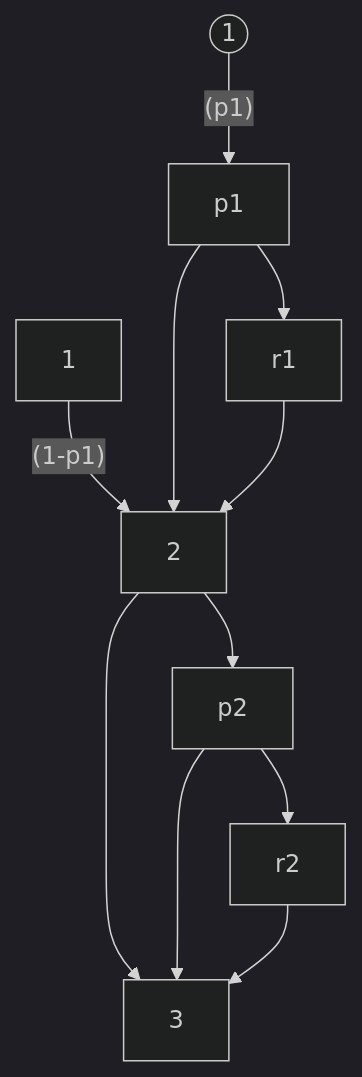
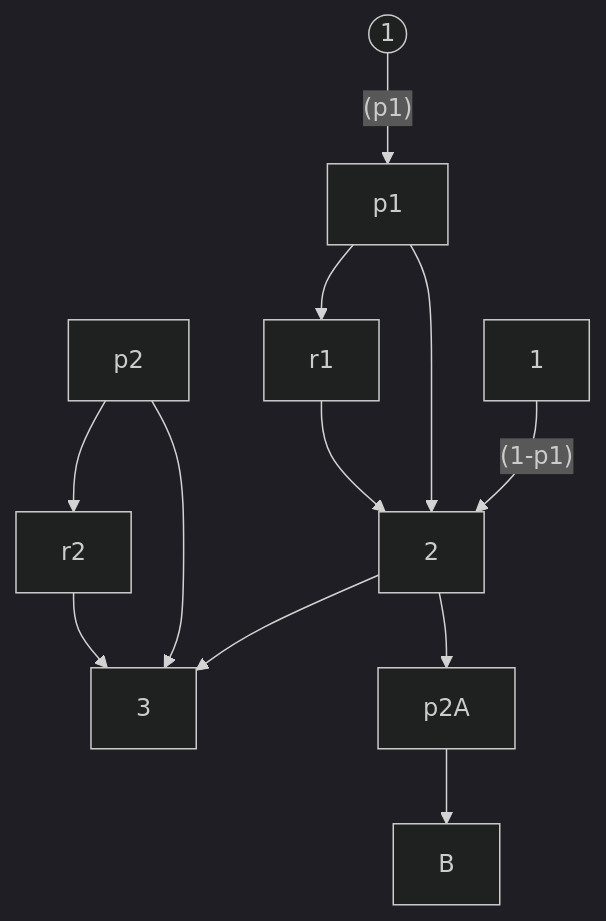
One commit to bfeitknecht/vault changed the first of 2 diagrams in vault/sem2/AuW/UE/cx/bf/cx07-bf.md. Above: the diagram before and after it, drawn with Mermaid (dark theme). The commit also changed other lines of this file and 2 other files, not shown here.

````diff
--- a/vault/sem2/AuW/UE/cx/bf/cx07-bf.md
+++ b/vault/sem2/AuW/UE/cx/bf/cx07-bf.md
@@ -9,14 +9,15 @@
 ```mermaid
 graph TD;
 
 id1((1))--"(p1)"--> p1
 1 --"(1-p1)"--> 2
 p1 --> r1
 p1 --> 2
 r1 --> 2
 2 --> 3
-2 --> p2
+2 --> p2A-->B
+
 p2 --> 3
 p2 --> r2
 r2 --> 3
 ```
````
